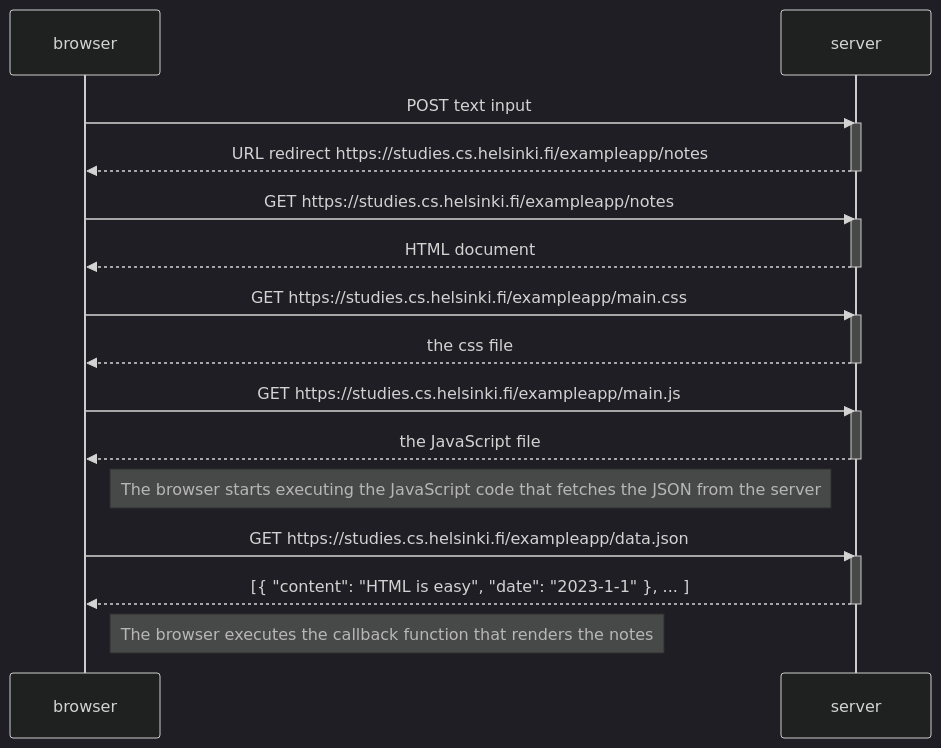
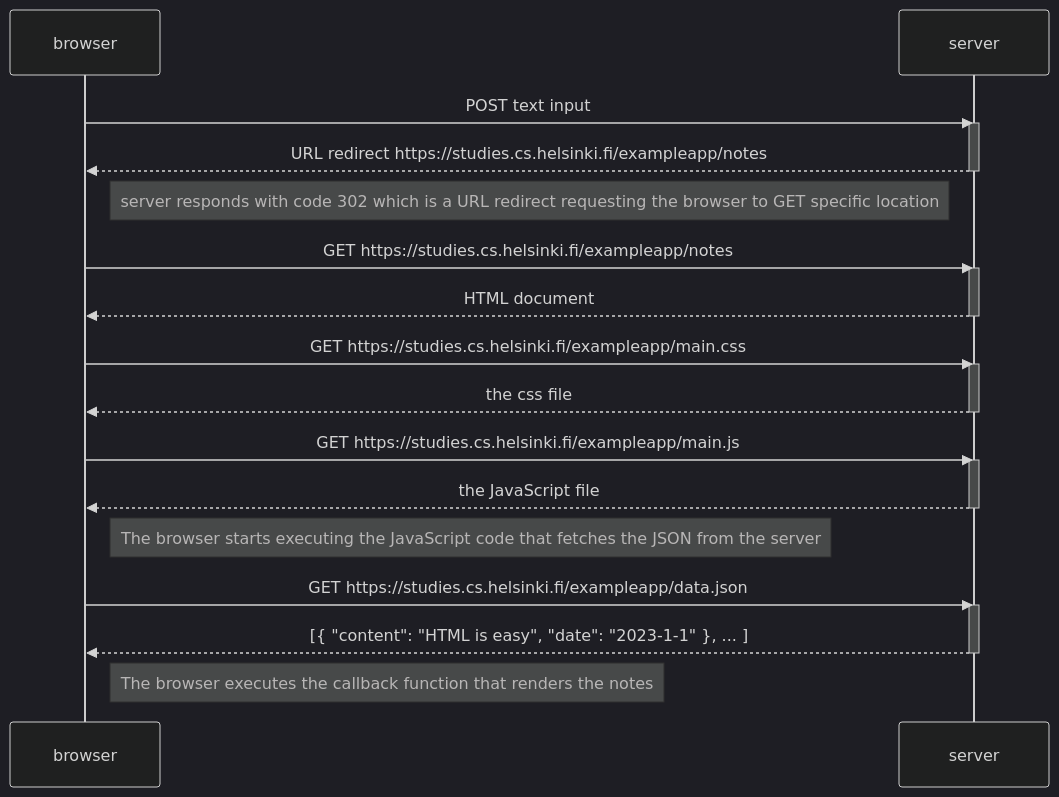
Before and after one commit to Abhay-Nagar/Full_Stack_Open_GHR: the diagram in part0/exercise0.4/diagram.md, drawn with Mermaid (dark theme).

Commit message:
added the note explaining the 302 code and URL redirect

````diff
--- a/part0/exercise0.4/diagram.md
+++ b/part0/exercise0.4/diagram.md
@@ -1,34 +1,36 @@
 ```mermaid
 sequenceDiagram
     participant browser
     participant server
 
     browser ->>server: POST text input
     activate server
     server-->>browser: URL redirect https://studies.cs.helsinki.fi/exampleapp/notes
     deactivate server
+
+    Note right of browser: server responds with code 302 which is a URL redirect requesting the browser to GET specific location
 
     browser->>server: GET https://studies.cs.helsinki.fi/exampleapp/notes
     activate server
     server-->>browser: HTML document
     deactivate server
 
     browser->>server: GET https://studies.cs.helsinki.fi/exampleapp/main.css
     activate server
     server-->>browser: the css file
     deactivate server
 
     browser->>server: GET https://studies.cs.helsinki.fi/exampleapp/main.js
     activate server
     server-->>browser: the JavaScript file
     deactivate server
 
     Note right of browser: The browser starts executing the JavaScript code that fetches the JSON from the server
 
     browser->>server: GET https://studies.cs.helsinki.fi/exampleapp/data.json
     activate server
     server-->>browser: [{ "content": "HTML is easy", "date": "2023-1-1" }, ... ]
     deactivate server
 
     Note right of browser: The browser executes the callback function that renders the notes
 ```
````
